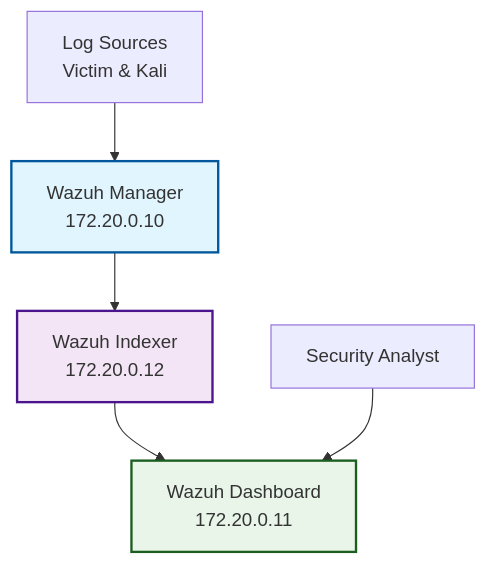
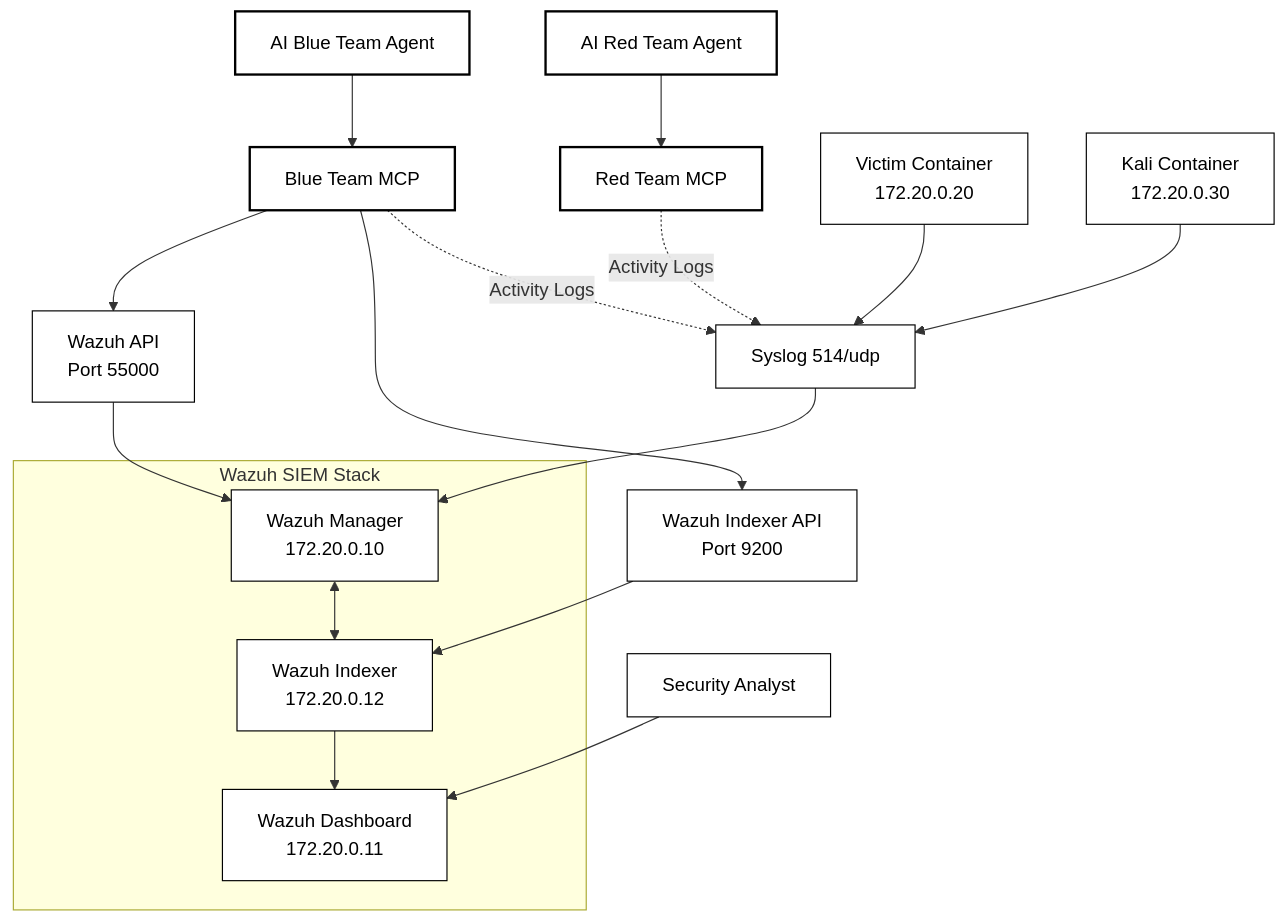
The diagram in docs/components/wazuh-siem.md (PaloAltoNetworks/shifter), drawn with Mermaid before and after one commit. The commit also changed other lines of this file and 15 other files, not shown here.

````diff
--- a/docs/components/wazuh-siem.md
+++ b/docs/components/wazuh-siem.md
@@ -11,15 +11,39 @@
 ```mermaid
 flowchart TD
-    A[Log Sources<br/>Victim & Kali] --> B[Wazuh Manager<br/>172.20.0.10]
-    B --> C[Wazuh Indexer<br/>172.20.0.12] 
-    C --> D[Wazuh Dashboard<br/>172.20.0.11]
-    E[Security Analyst] --> D
+    A[AI Blue Team Agent] --> B[Blue Team MCP]
+    C[AI Red Team Agent] --> D[Red Team MCP]
     
-    classDef manager fill:#e1f5fe,stroke:#01579b,stroke-width:2px
-    classDef indexer fill:#f3e5f5,stroke:#4a148c,stroke-width:2px
-    classDef dashboard fill:#e8f5e8,stroke:#1b5e20,stroke-width:2px
+    B --> E[Wazuh API<br/>Port 55000]
+    B --> F[Wazuh Indexer API<br/>Port 9200]
     
-    class B manager
-    class C indexer
-    class D dashboard
+    subgraph "Wazuh SIEM Stack"
+        G[Wazuh Manager<br/>172.20.0.10]
+        H[Wazuh Indexer<br/>172.20.0.12]
+        I[Wazuh Dashboard<br/>172.20.0.11]
+    end
+    
+    E --> G
+    F --> H
+    G <--> H
+    H --> I
+    
+    J[Victim Container<br/>172.20.0.20] --> K[Syslog 514/udp]
+    L[Kali Container<br/>172.20.0.30] --> K
+    B -.->|Activity Logs| K
+    D -.->|Activity Logs| K
+    K --> G
+    
+    M[Security Analyst] --> I
+    
+    classDef ai fill:#ffffff,stroke:#000000,stroke-width:2px,color:#000000
+    classDef mcp fill:#ffffff,stroke:#000000,stroke-width:2px,color:#000000
+    classDef wazuh fill:#ffffff,stroke:#000000,stroke-width:1px,color:#000000
+    classDef logs fill:#ffffff,stroke:#000000,stroke-width:1px,color:#000000
+    classDef analyst fill:#ffffff,stroke:#000000,stroke-width:1px,color:#000000
+    
+    class A,C ai
+    class B,D mcp
+    class E,F,G,H,I wazuh
+    class J,K,L logs
+    class M analyst
 ```
````
